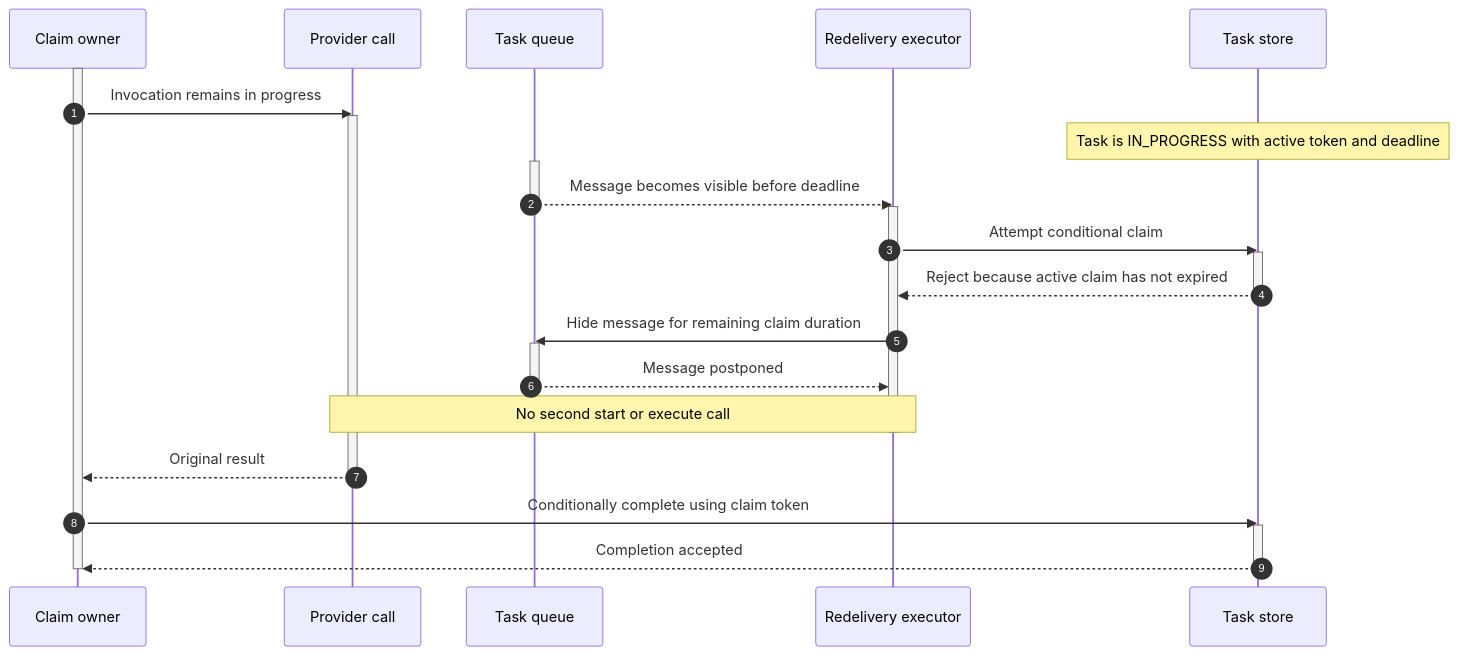
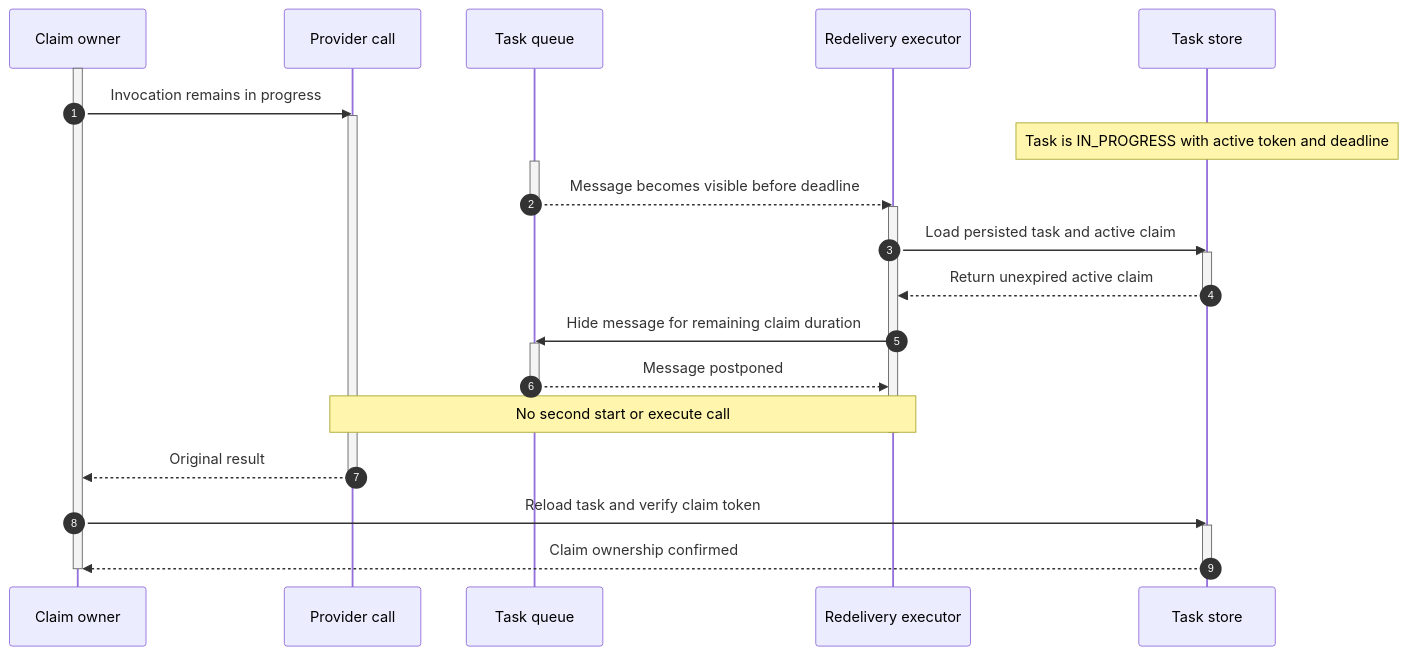
One commit to conductor-oss/conductor changed the third of 4 diagrams in docs/design/2026-07-21-issue-1321-poll-level-reserve.md. Above: the diagram before and after it, drawn with Mermaid. The commit also changed other lines of this file and 3 other files, not shown here.

````diff
--- a/docs/design/2026-07-21-issue-1321-poll-level-reserve.md
+++ b/docs/design/2026-07-21-issue-1321-poll-level-reserve.md
@@ -315,35 +315,35 @@
 ```mermaid
 sequenceDiagram
     autonumber
     participant X1 as Claim owner
     participant P as Provider call
     participant Q as Task queue
     participant X2 as Redelivery executor
     participant DB as Task store
 
     activate X1
     X1->>P: Invocation remains in progress
     activate P
     Note over DB: Task is IN_PROGRESS with active token and deadline
     activate Q
     Q-->>X2: Message becomes visible before deadline
     deactivate Q
     activate X2
-    X2->>DB: Attempt conditional claim
+    X2->>DB: Load persisted task and active claim
     activate DB
-    DB-->>X2: Reject because active claim has not expired
+    DB-->>X2: Return unexpired active claim
     deactivate DB
     X2->>Q: Hide message for remaining claim duration
     activate Q
     Q-->>X2: Message postponed
     deactivate Q
     Note over X2,P: No second start or execute call
     deactivate X2
     P-->>X1: Original result
     deactivate P
-    X1->>DB: Conditionally complete using claim token
+    X1->>DB: Reload task and verify claim token
     activate DB
-    DB-->>X1: Completion accepted
+    DB-->>X1: Claim ownership confirmed
     deactivate DB
     deactivate X1
 ```
````
